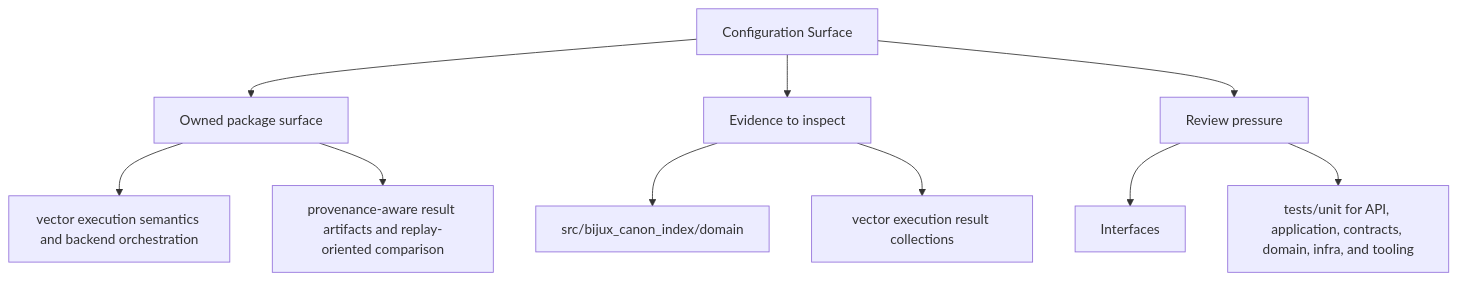
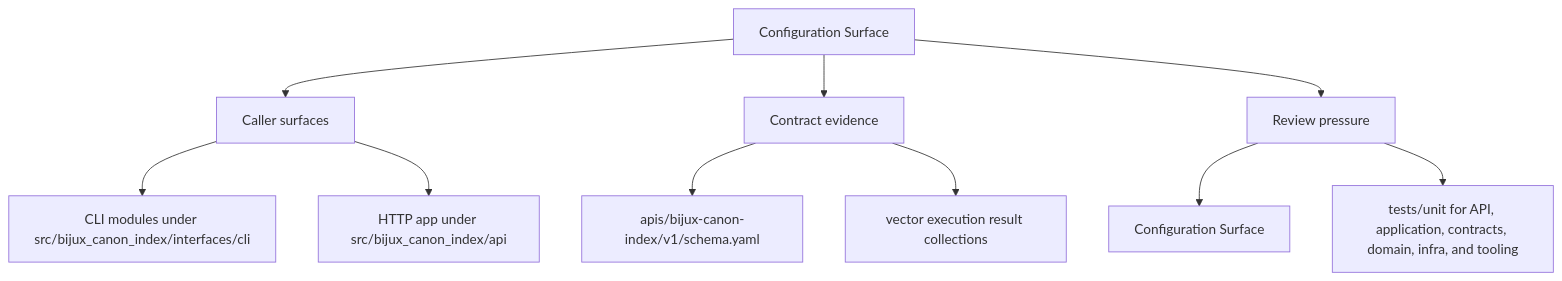
One commit to bijux/bijux-canon changed the second of 2 diagrams in docs/bijux-canon-index/interfaces/configuration-surface.md. Above: the diagram before and after it, drawn with Mermaid. The commit also changed other lines of this file and 250 other files, not shown here.

Commit message:
docs(diagrams): make product page maps more readable

````diff
--- a/docs/bijux-canon-index/interfaces/configuration-surface.md
+++ b/docs/bijux-canon-index/interfaces/configuration-surface.md
@@ -35,22 +35,22 @@
 ```mermaid
 flowchart TD
     page["Configuration Surface"]
-    focus1["Owned package surface"]
+    focus1["Caller surfaces"]
     page --> focus1
-    focus1_1["vector execution semantics and backend orchestration"]
+    focus1_1["CLI modules under src/bijux_canon_index/interfaces/cli"]
     focus1 --> focus1_1
-    focus1_2["provenance-aware result artifacts and replay-oriented comparison"]
+    focus1_2["HTTP app under src/bijux_canon_index/api"]
     focus1 --> focus1_2
-    focus2["Evidence to inspect"]
+    focus2["Contract evidence"]
     page --> focus2
-    focus2_1["src/bijux_canon_index/domain"]
+    focus2_1["apis/bijux-canon-index/v1/schema.yaml"]
     focus2 --> focus2_1
     focus2_2["vector execution result collections"]
     focus2 --> focus2_2
     focus3["Review pressure"]
     page --> focus3
-    focus3_1["Interfaces"]
+    focus3_1["Configuration Surface"]
     focus3 --> focus3_1
     focus3_2["tests/unit for API, application, contracts, domain, infra, and tooling"]
     focus3 --> focus3_2
 ```
````
